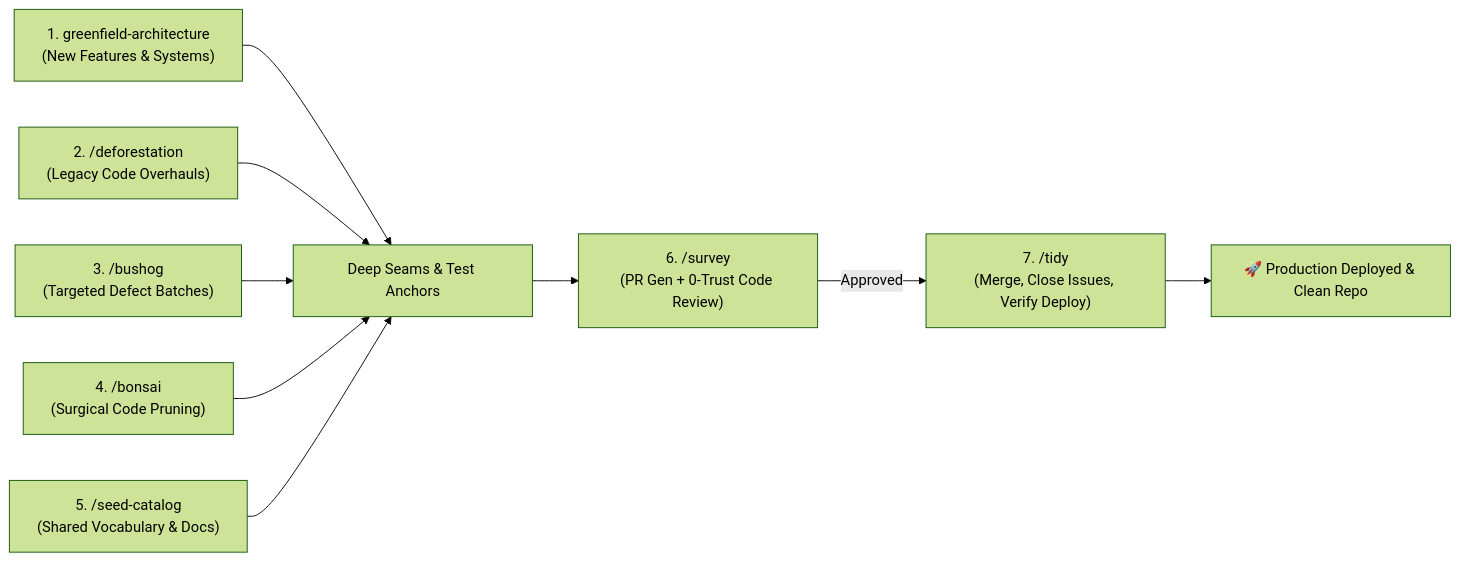
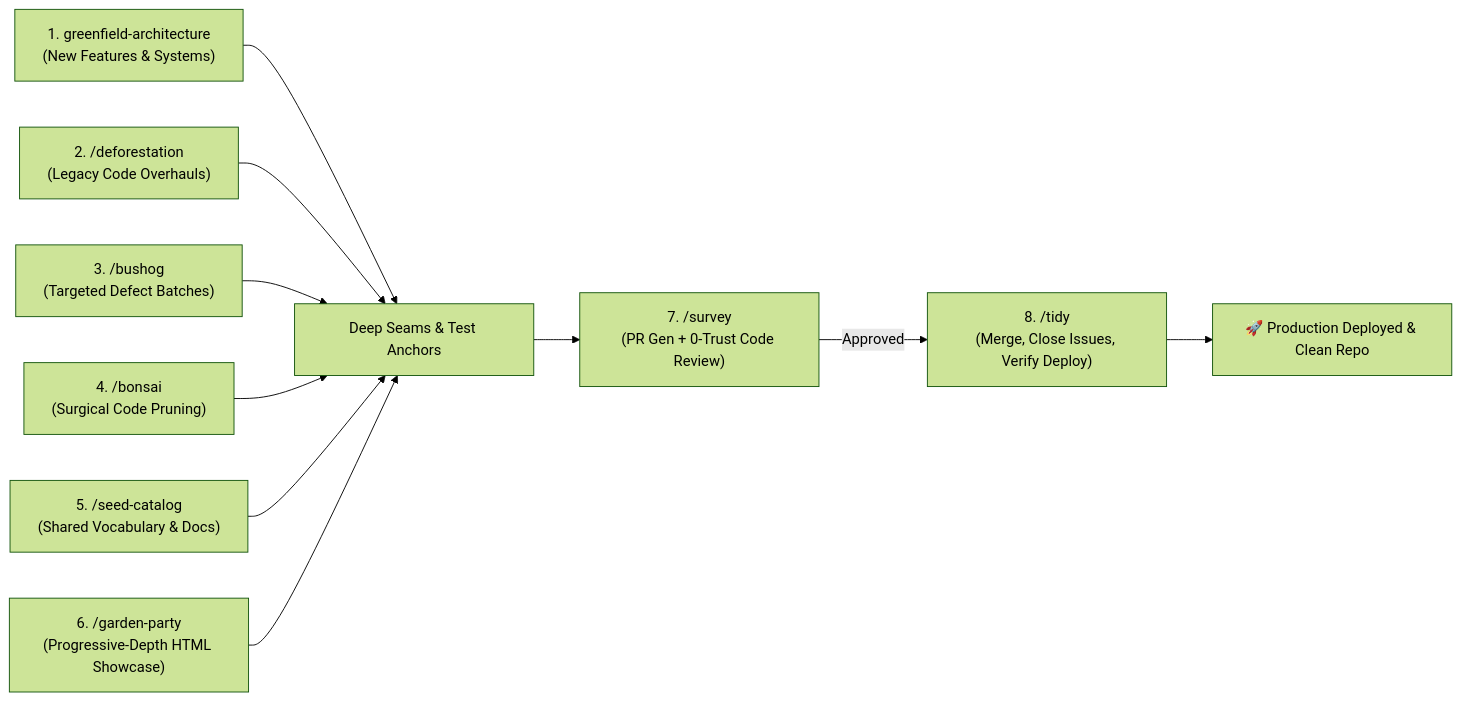
Before and after one commit to mcmxciillan/code-gardening: the diagram in docs/WORKFLOWS.md, drawn with Mermaid (forest theme). The commit also changed other lines of this file and 8 other files, not shown here.

Commit message:
feat(garden-party): add /garden-party progressive-depth executive-to-function HTML showcase skill (#2)

````diff
--- a/docs/WORKFLOWS.md
+++ b/docs/WORKFLOWS.md
@@ -5,11 +5,12 @@
 ```mermaid
 graph LR
     A["1. greenfield-architecture<br>(New Features & Systems)"] --> G["Deep Seams & Test Anchors"]
     B["2. /deforestation<br>(Legacy Code Overhauls)"] --> G
     C["3. /bushog<br>(Targeted Defect Batches)"] --> G
     H["4. /bonsai<br>(Surgical Code Pruning)"] --> G
     S["5. /seed-catalog<br>(Shared Vocabulary & Docs)"] --> G
-    G --> D["6. /survey<br>(PR Gen + 0-Trust Code Review)"]
-    D -->|Approved| E["7. /tidy<br>(Merge, Close Issues, Verify Deploy)"]
+    P["6. /garden-party<br>(Progressive-Depth HTML Showcase)"] --> G
+    G --> D["7. /survey<br>(PR Gen + 0-Trust Code Review)"]
+    D -->|Approved| E["8. /tidy<br>(Merge, Close Issues, Verify Deploy)"]
     E --> F["🚀 Production Deployed & Clean Repo"]
 ```
````
